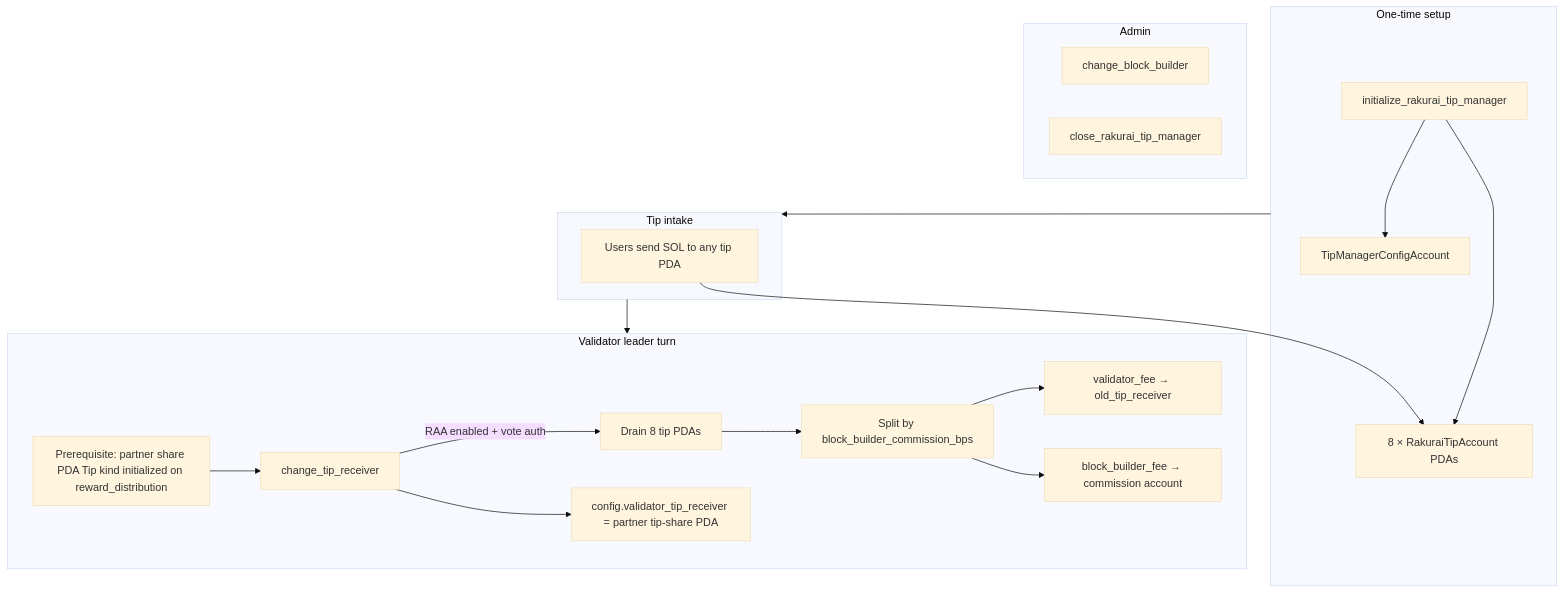
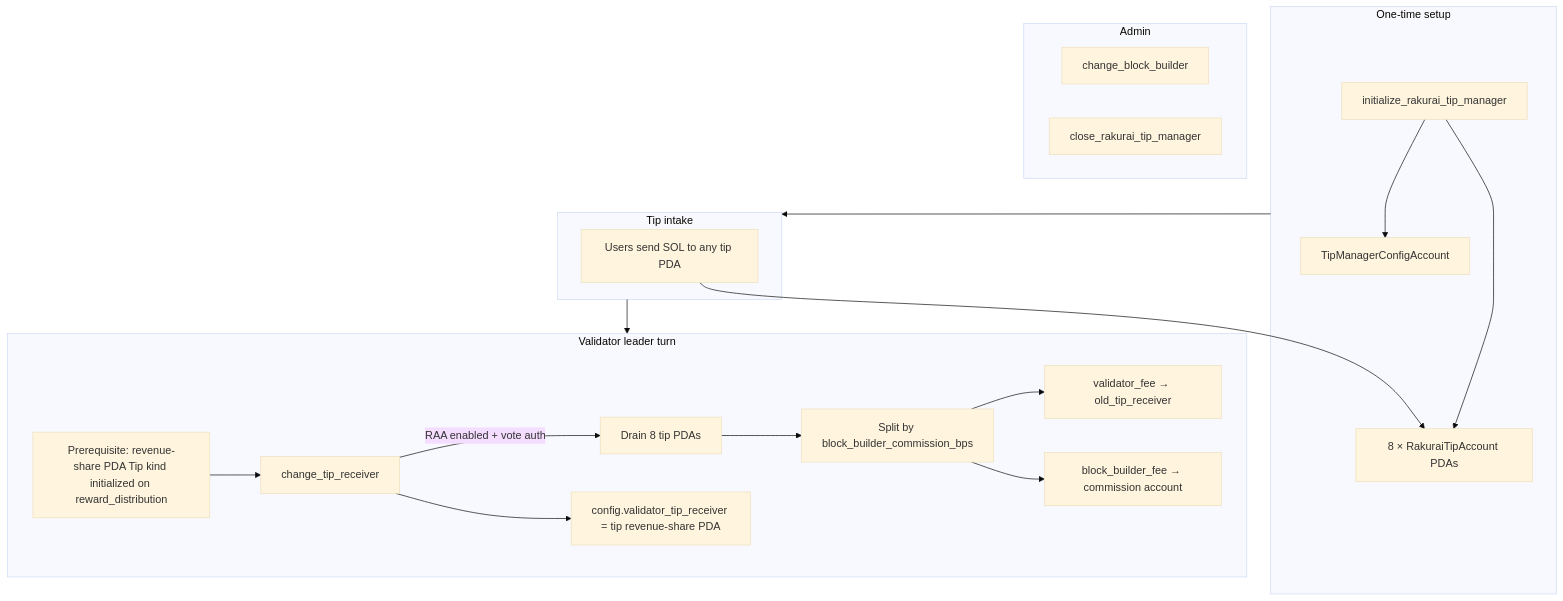
The third of 4 diagrams in diagram/program-flow-diagrams.md (rakurai-io/rakurai_programs), drawn with Mermaid (base theme) before and after one commit. The commit also changed other lines of this file and 13 other files, not shown here.

````diff
--- a/diagram/program-flow-diagrams.md
+++ b/diagram/program-flow-diagrams.md
@@ -111,32 +109,32 @@
 ```mermaid
 flowchart TD
     subgraph setup [One-time setup]
         T0[initialize_rakurai_tip_manager]
         T0 --> CFG[TipManagerConfigAccount]
         T0 --> TIPS[8 × RakuraiTipAccount PDAs]
     end
 
     subgraph users [Tip intake]
         U1[Users send SOL to any tip PDA]
         U1 --> TIPS
     end
 
     subgraph drain [Validator leader turn]
-        PRE[Prerequisite: partner share PDA Tip kind initialized on reward_distribution]
+        PRE[Prerequisite: revenue-share PDA Tip kind initialized on reward_distribution]
         V1[change_tip_receiver]
         V1 -->|RAA enabled + vote auth| DRAIN[Drain 8 tip PDAs]
         DRAIN --> SPLIT[Split by block_builder_commission_bps]
         SPLIT --> OLD[validator_fee → old_tip_receiver]
         SPLIT --> BB[block_builder_fee → commission account]
-        V1 --> CFG2[config.validator_tip_receiver = partner tip-share PDA]
+        V1 --> CFG2[config.validator_tip_receiver = tip revenue-share PDA]
     end
 
     subgraph admin [Admin]
         A1[change_block_builder]
         A2[close_rakurai_tip_manager]
     end
 
     setup --> users
     users --> drain
     PRE --> V1
 ```
````
